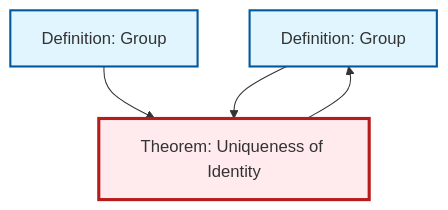
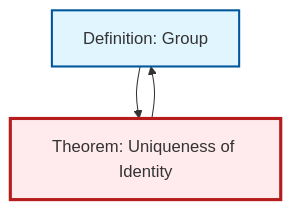
The diagram in content/ja/algebra/thm-unique-identity.qmd (RK0429/ModernMath), drawn with Mermaid before and after one commit. The commit also changed 530 other files, not shown here.

````diff
--- a/content/ja/algebra/thm-unique-identity.qmd
+++ b/content/ja/algebra/thm-unique-identity.qmd
@@ -55,18 +55,15 @@
 ```{mermaid}
 %%| fig-cap: "Local dependency graph"
 graph TD
     classDef definition fill:#e1f5fe,stroke:#01579b,stroke-width:2px
     classDef theorem fill:#f3e5f5,stroke:#4a148c,stroke-width:2px
     classDef axiom fill:#fff3e0,stroke:#e65100,stroke-width:2px
     classDef example fill:#e8f5e9,stroke:#1b5e20,stroke-width:2px
     classDef current fill:#ffebee,stroke:#b71c1c,stroke-width:3px
     def-group["Definition: Group"]:::definition
-    def-group-example["Definition: Group"]:::definition
     thm-unique-identity["Theorem: Uniqueness of Identity"]:::theorem
-    def-group-example --> thm-unique-identity
+    def-group --> thm-unique-identity
     thm-unique-identity --> def-group
-    def-group --> thm-unique-identity
     class thm-unique-identity current
     click def-group "def-group.html" "Definition: Groupへ"
-    click def-group-example "def-group-example.html" "Definition: Groupへ"
 ```
````
